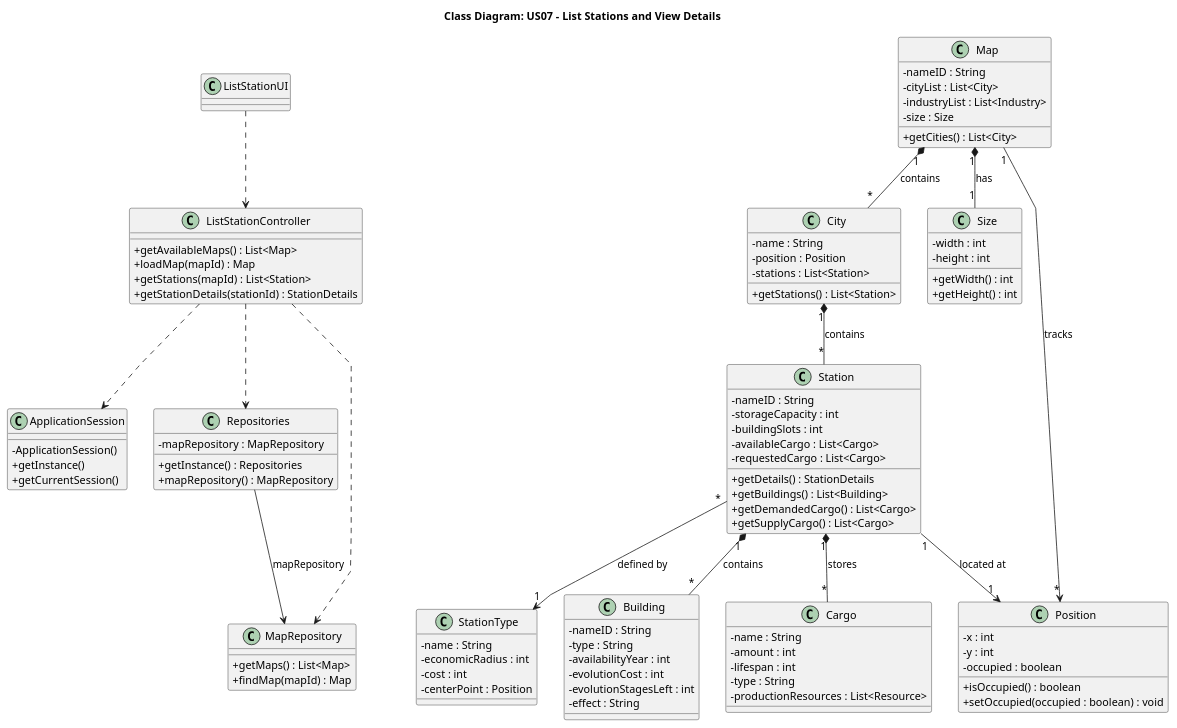
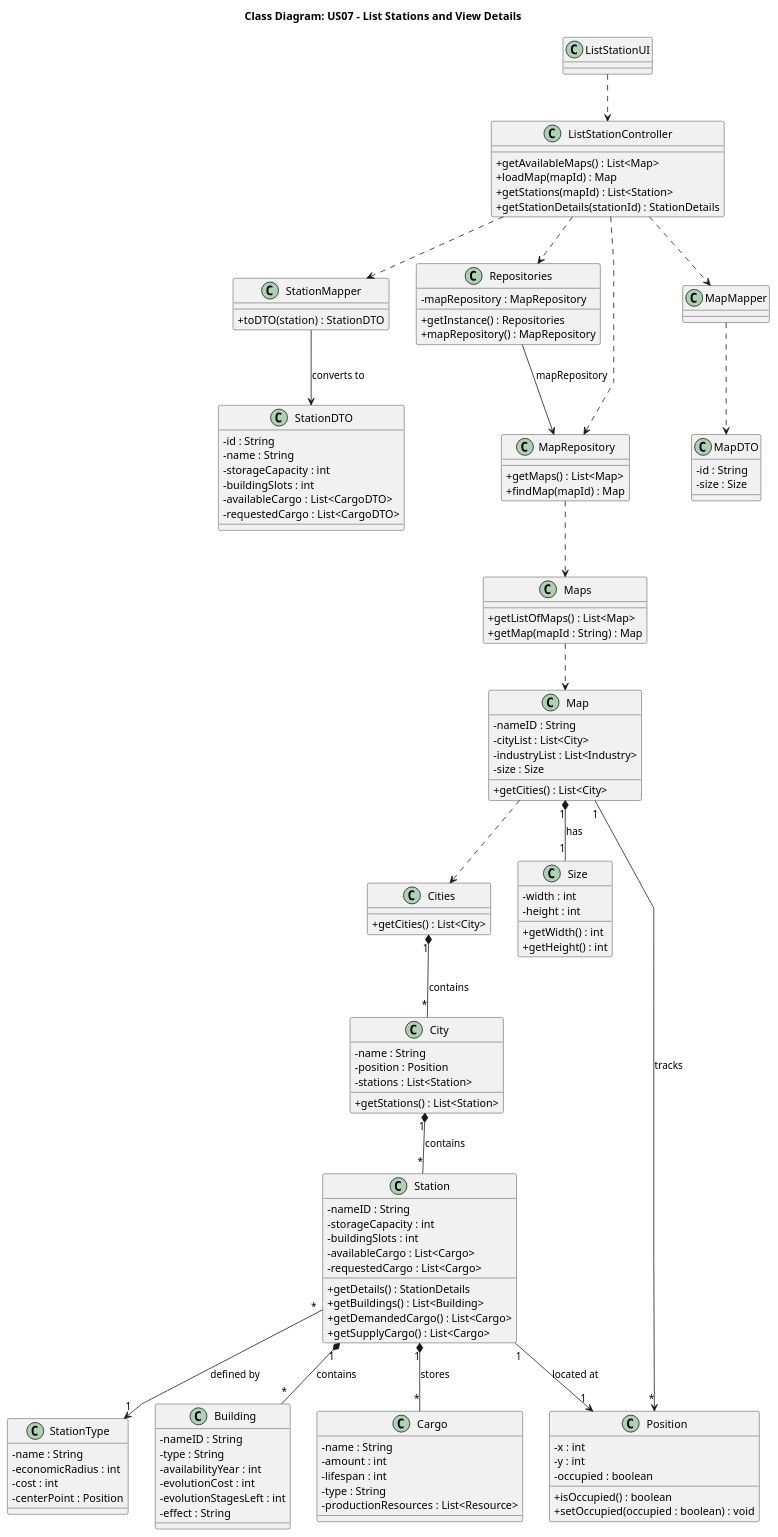
Before and after one commit to HenriqueSilva18/Railway-Network-Simulator: the diagram in docs/system-documentation/Sprint 3/US07/03.design/puml/US07-CD.puml, drawn with PlantUML. The commit also changed 13 other files, not shown here.

```diff
--- a/docs/system-documentation/Sprint 3/US07/03.design/puml/US07-CD.puml
+++ b/docs/system-documentation/Sprint 3/US07/03.design/puml/US07-CD.puml
@@ -1,118 +1,146 @@
 @startuml
 
 skinparam packageStyle rectangle
 skinparam shadowing false
 skinparam linetype polyline
 skinparam classAttributeIconSize 0
 
 title Class Diagram: US07 - List Stations and View Details
 
-class ApplicationSession {
-  -ApplicationSession()
-  +getInstance()
-  +getCurrentSession()
+class StationMapper {
+  +toDTO(station) : StationDTO
+}
+
+class StationDTO {
+  -id : String
+  -name : String
+  -storageCapacity : int
+  -buildingSlots : int
+  -availableCargo : List<CargoDTO>
+  -requestedCargo : List<CargoDTO>
 }
 
 class ListStationController {
   +getAvailableMaps() : List<Map>
   +loadMap(mapId) : Map
   +getStations(mapId) : List<Station>
   +getStationDetails(stationId) : StationDetails
 }
 
 class Repositories {
   -mapRepository : MapRepository
   +getInstance() : Repositories
   +mapRepository() : MapRepository
 }
 
 class MapRepository {
   +getMaps() : List<Map>
   +findMap(mapId) : Map
 }
 
 class Map {
   -nameID : String
   -cityList : List<City>
   -industryList : List<Industry>
   -size : Size
   +getCities() : List<City>
 }
 
+class Maps {
+  +getListOfMaps() : List<Map>
+  +getMap(mapId : String) : Map
+}
+
 class City {
   -name : String
   -position : Position
   -stations : List<Station>
   +getStations() : List<Station>
+}
+
+class Cities {
+  +getCities() : List<City>
 }
 
 class Size {
   -width : int
   -height : int
   +getWidth() : int
   +getHeight() : int
 }
 
 class Station {
   -nameID : String
   -storageCapacity : int
   -buildingSlots : int
   -availableCargo : List<Cargo>
   -requestedCargo : List<Cargo>
   +getDetails() : StationDetails
   +getBuildings() : List<Building>
   +getDemandedCargo() : List<Cargo>
   +getSupplyCargo() : List<Cargo>
 }
 
 class StationType {
   -name : String
   -economicRadius : int
   -cost : int
   -centerPoint : Position
 }
 
 class Building {
   -nameID : String
   -type : String
   -availabilityYear : int
   -evolutionCost : int
   -evolutionStagesLeft : int
   -effect : String
 }
 
 class Cargo {
   -name : String
   -amount : int
   -lifespan : int
   -type : String
   -productionResources : List<Resource>
 }
 
 class Position {
   -x : int
   -y : int
   -occupied : boolean
   +isOccupied() : boolean
   +setOccupied(occupied : boolean) : void
 }
 
+class MapDTO {
+  -id : String
+  -size : Size
+
+}
+
 class ListStationUI {
 }
 
 ' Relationships
 ListStationUI ..> ListStationController
-ListStationController ..> ApplicationSession
+ListStationController ..> StationMapper
 ListStationController ..> MapRepository
+ListStationController ..> MapMapper
+MapMapper ..> MapDTO
 ListStationController ..> Repositories
+MapRepository ..> Maps
+Maps ..> Map
+Map ..> Cities
 Repositories --> MapRepository : mapRepository
-Map "1" *-- "*" City : contains
+Cities "1" *-- "*" City : contains
 Map "1" *-- "1" Size : has
 City "1" *-- "*" Station : contains
+StationMapper --> StationDTO : converts to
 Station "*" --> "1" StationType : defined by
 Station "1" *-- "*" Building : contains
 Station "1" *-- "*" Cargo : stores
 Station "1" --> "1" Position : located at
 Map "1" --> "*" Position : tracks
 
 @enduml
```
